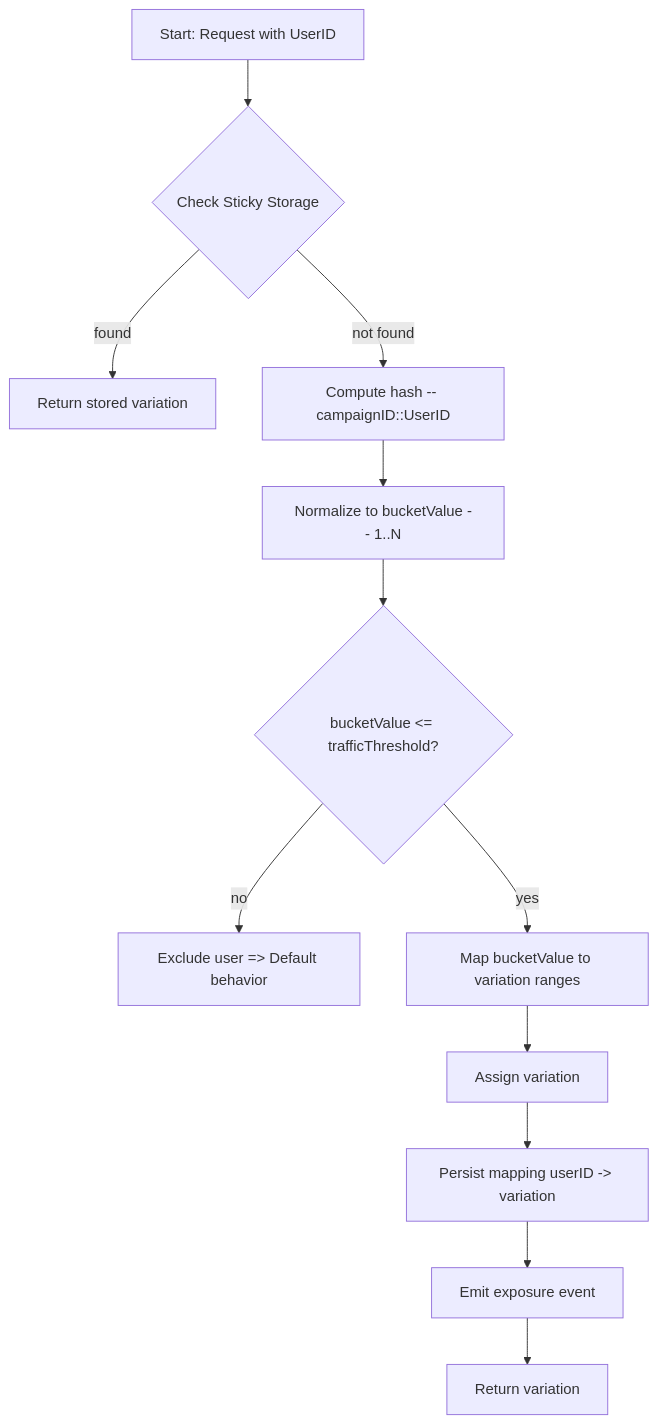
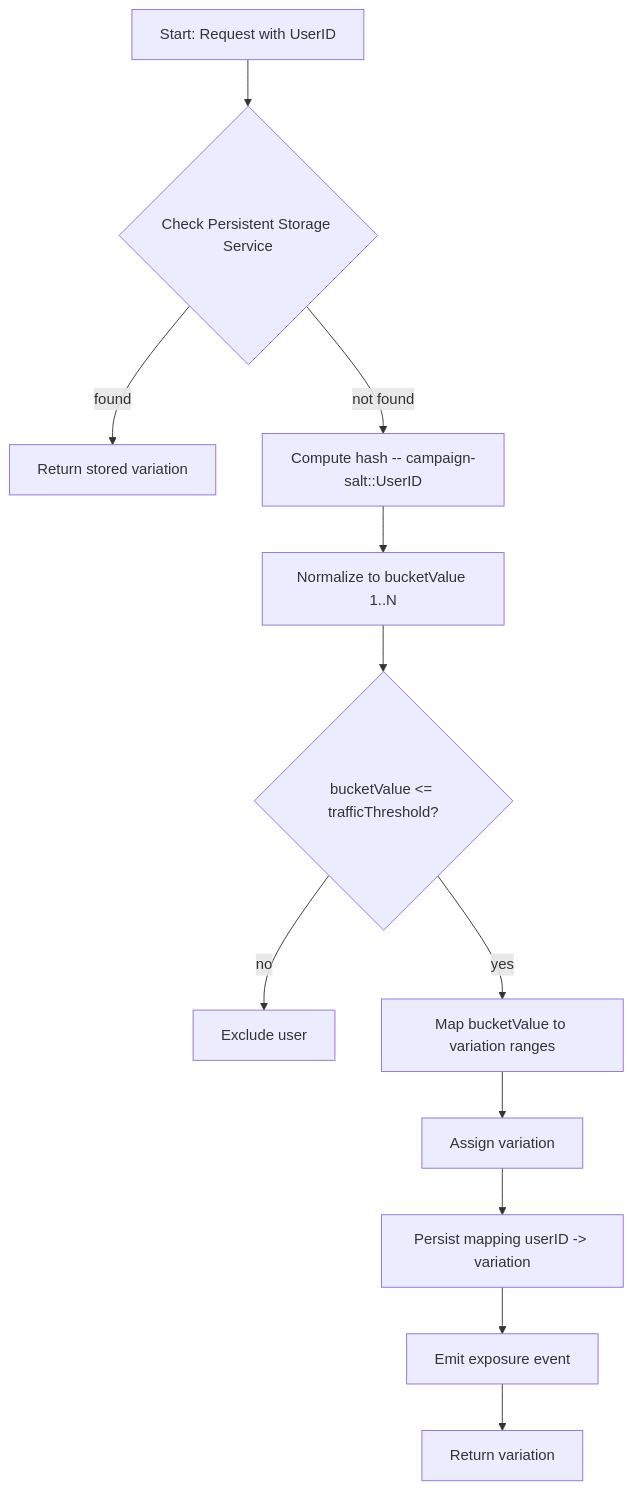
One commit to wingify/readme-central changed the diagram in docs/Concepts/how-user-bucketing-works.md. Above: the diagram before and after it, drawn with Mermaid.

Commit message:
Update doc `how-user-bucketing-works`

````diff
--- a/docs/Concepts/how-user-bucketing-works.md
+++ b/docs/Concepts/how-user-bucketing-works.md
@@ -105,14 +105,14 @@
 ```mermaid
 flowchart TD
-A[Start: Request with UserID] --> B{Check Sticky Storage}
+A[Start: Request with UserID] --> B{Check Persistent Storage Service}
 B -- found --> C[Return stored variation]
-B -- not found --> D[Compute hash -- campaignID::UserID]
-D --> E[Normalize to bucketValue -- 1..N]
+B -- not found --> D[Compute hash -- campaign-salt::UserID]
+D --> E[Normalize to bucketValue 1..N]
 E --> F{bucketValue <= trafficThreshold?}
-F -- no --> G[Exclude user => Default behavior]
+F -- no --> G[Exclude user]
 F -- yes --> H[Map bucketValue to variation ranges]
 H --> I[Assign variation]
 I --> J[Persist mapping userID -> variation]
 J --> K[Emit exposure event]
 K --> L[Return variation]
 ```
````
